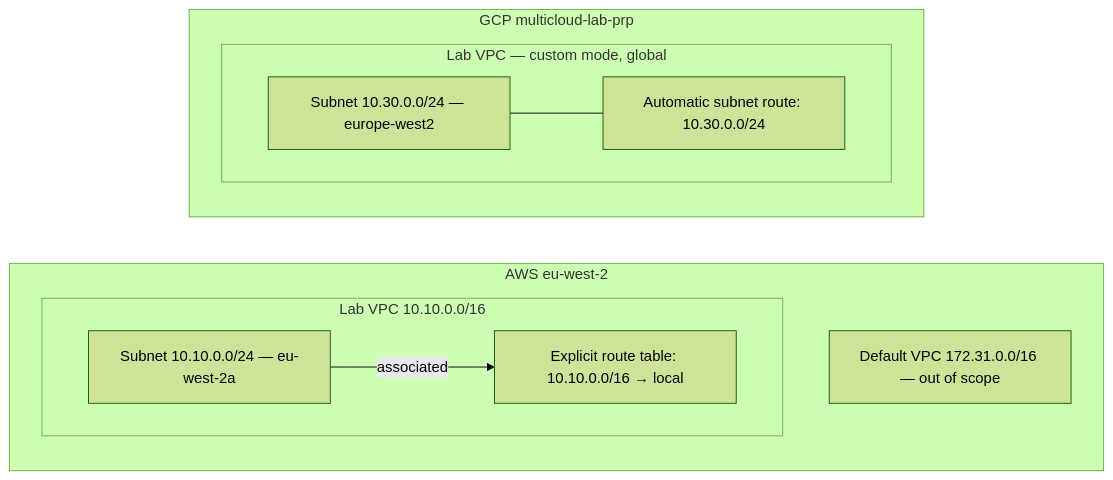
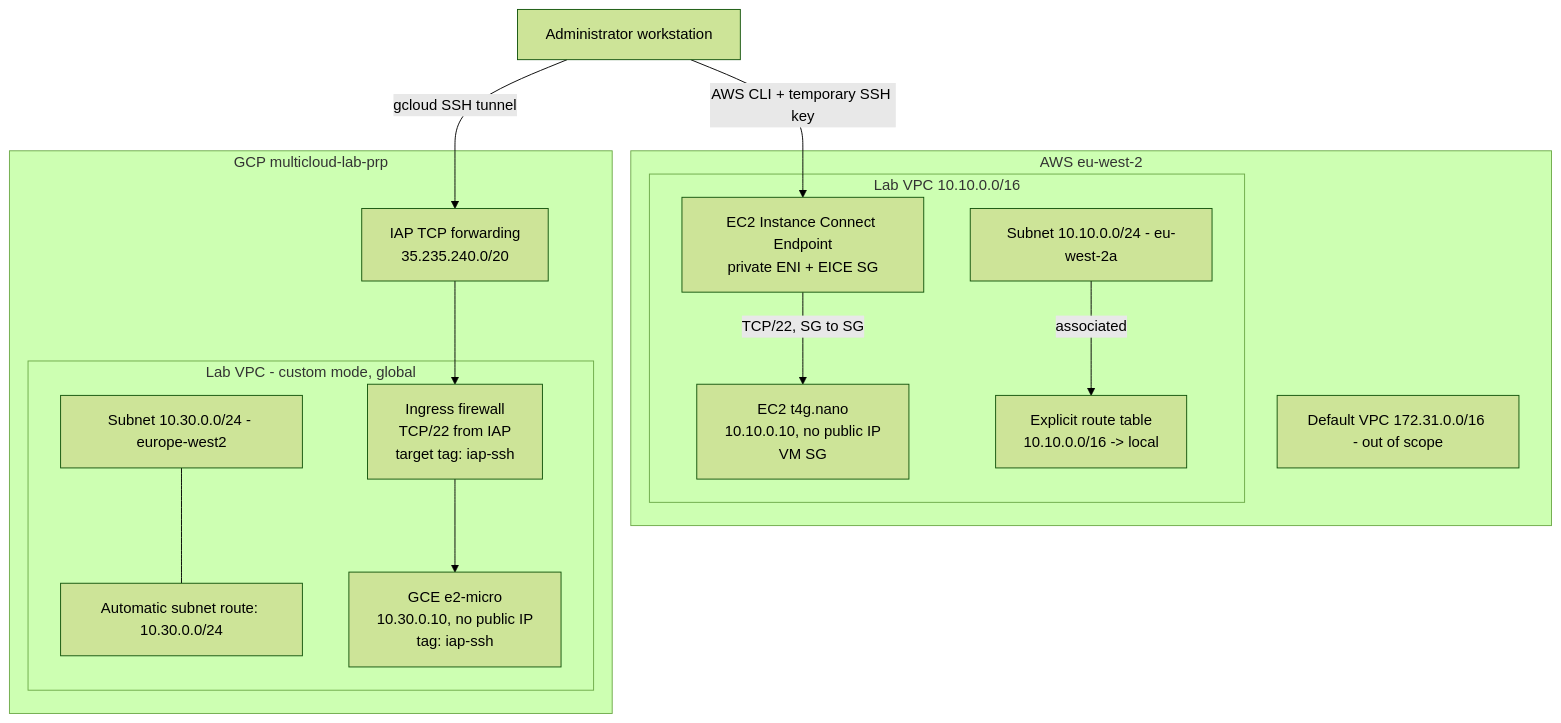
Before and after one commit to PFeynman/multicloud-lab: the first of 3 diagrams in docs/architecture.md, drawn with Mermaid (forest theme). The commit also changed other lines of this file and 7 other files, not shown here.

````diff
--- a/docs/architecture.md
+++ b/docs/architecture.md
@@ -8,18 +8,32 @@
 ```mermaid
-flowchart LR
+flowchart TB
+  ADMIN["Administrator workstation"]
+
   subgraph AWS["AWS eu-west-2"]
     subgraph VPC["Lab VPC 10.10.0.0/16"]
-      SUB["Subnet 10.10.0.0/24 — eu-west-2a"]
-      RT["Explicit route table: 10.10.0.0/16 → local"]
+      SUB["Subnet 10.10.0.0/24 - eu-west-2a"]
+      EICE["EC2 Instance Connect Endpoint<br/>private ENI + EICE SG"]
+      EC2["EC2 t4g.nano<br/>10.10.0.10, no public IP<br/>VM SG"]
+      RT["Explicit route table<br/>10.10.0.0/16 -> local"]
       SUB -->|associated| RT
+      EICE -->|"TCP/22, SG to SG"| EC2
     end
-    DEFAULT["Default VPC 172.31.0.0/16 — out of scope"]
+    DEFAULT["Default VPC 172.31.0.0/16 - out of scope"]
   end
+
   subgraph GCP["GCP multicloud-lab-prp"]
-    subgraph NET["Lab VPC — custom mode, global"]
-      GS["Subnet 10.30.0.0/24 — europe-west2"]
+    IAP["IAP TCP forwarding<br/>35.235.240.0/20"]
+    subgraph NET["Lab VPC - custom mode, global"]
+      GS["Subnet 10.30.0.0/24 - europe-west2"]
       GR["Automatic subnet route: 10.30.0.0/24"]
+      FW["Ingress firewall<br/>TCP/22 from IAP<br/>target tag: iap-ssh"]
+      GCE["GCE e2-micro<br/>10.30.0.10, no public IP<br/>tag: iap-ssh"]
       GS --- GR
+      FW --> GCE
     end
   end
+
+  ADMIN -->|"AWS CLI + temporary SSH key"| EICE
+  ADMIN -->|"gcloud SSH tunnel"| IAP
+  IAP --> FW
 ```
````
